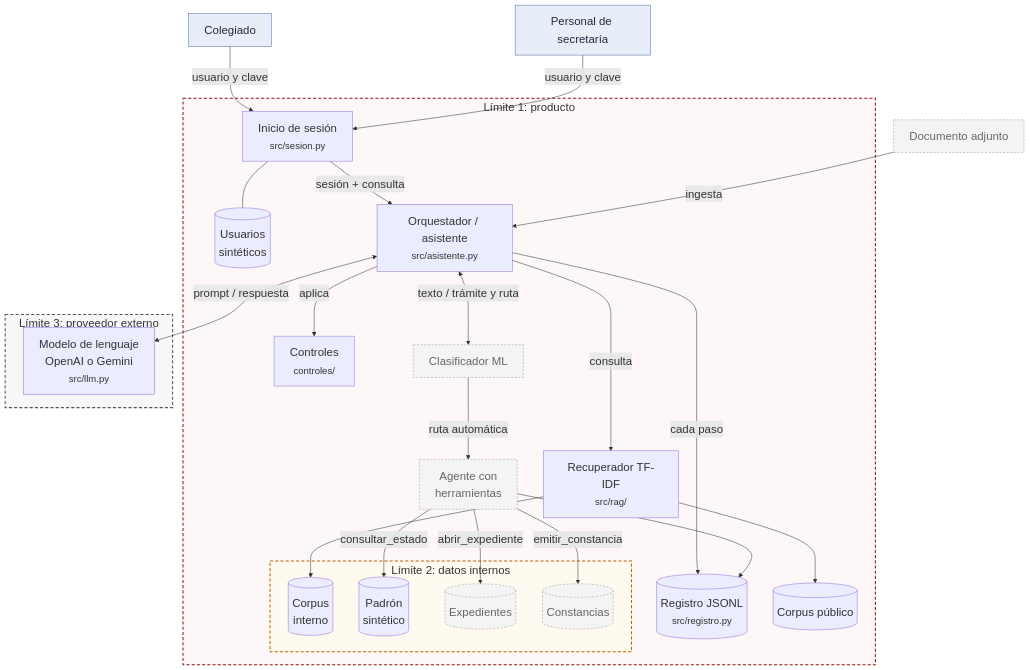
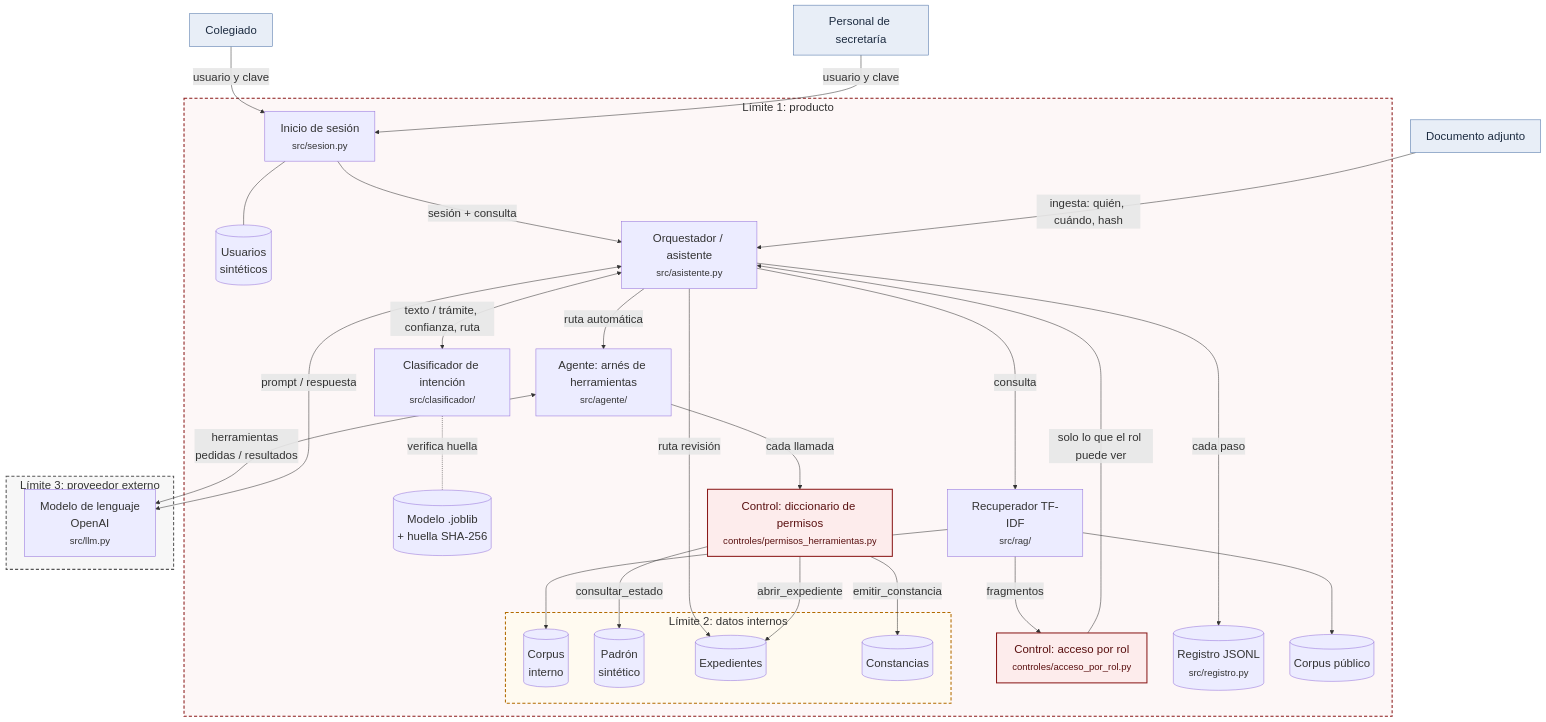
One commit to ErnestoSCL/habilbot-ciberseguridad-ia changed the diagram in docs/arquitectura.md. Above: the diagram before and after it, drawn with Mermaid. The commit also changed other lines of this file and 9 other files, not shown here.

````diff
--- a/docs/arquitectura.md
+++ b/docs/arquitectura.md
@@ -5,58 +5,65 @@
 ```mermaid
 %%{init: {"themeVariables": {"fontSize": "22px"}}}%%
 flowchart TB
     CO["Colegiado"]
     SE["Personal de secretaría"]
     DOC["Documento adjunto"]
 
     subgraph P["Límite 1: producto"]
         LG["Inicio de sesión<br/><small>src/sesion.py</small>"]
         US[("Usuarios<br/>sintéticos")]
         E["Orquestador / asistente<br/><small>src/asistente.py</small>"]
-        CT["Controles<br/><small>controles/</small>"]
-        CL["Clasificador ML"]
+        CL["Clasificador de intención<br/><small>src/clasificador/</small>"]
+        MOD[("Modelo .joblib<br/>+ huella SHA-256")]
         R["Recuperador TF-IDF<br/><small>src/rag/</small>"]
-        AG["Agente con<br/>herramientas"]
+        ACL["Control: acceso por rol<br/><small>controles/acceso_por_rol.py</small>"]
+        AG["Agente: arnés de herramientas<br/><small>src/agente/</small>"]
+        PER["Control: diccionario de permisos<br/><small>controles/permisos_herramientas.py</small>"]
         L[("Registro JSONL<br/><small>src/registro.py</small>")]
         CP[("Corpus público")]
 
         subgraph INT["Límite 2: datos internos"]
             CI[("Corpus<br/>interno")]
             PAD[("Padrón<br/>sintético")]
             EXP[("Expedientes")]
             CON[("Constancias")]
         end
     end
 
     subgraph EXT["Límite 3: proveedor externo"]
-        M["Modelo de lenguaje<br/>OpenAI o Gemini<br/><small>src/llm.py</small>"]
+        M["Modelo de lenguaje<br/>OpenAI<br/><small>src/llm.py</small>"]
     end
 
     CO -->|usuario y clave| LG
     SE -->|usuario y clave| LG
     LG --- US
     LG -->|sesión + consulta| E
-    DOC -->|ingesta| E
+    DOC -->|ingesta: quién, cuándo, hash| E
 
-    E <-->|texto / trámite y ruta| CL
-    E -->|aplica| CT
-    E <-->|prompt / respuesta| M
+    E <-->|texto / trámite, confianza, ruta| CL
+    CL -. verifica huella .- MOD
     E --->|consulta| R
-    CL -->|ruta automática| AG
-    E ---->|cada paso| L
-    AG --> L
-
     R --> CP
     R --> CI
-    AG -->|consultar_estado| PAD
-    AG -->|abrir_expediente| EXP
-    AG -->|emitir_constancia| CON
+    R -->|fragmentos| ACL
+    ACL -->|solo lo que el rol puede ver| E
+
+    E -->|ruta automática| AG
+    E -->|ruta revisión| EXP
+    AG <-->|herramientas pedidas / resultados| M
+    E <-->|prompt / respuesta| M
+    AG -->|cada llamada| PER
+    PER -->|consultar_estado| PAD
+    PER -->|abrir_expediente| EXP
+    PER -->|emitir_constancia| CON
+
+    E ---->|cada paso| L
 
     classDef actor fill:#e8eef7,stroke:#4a6fa5,color:#1c2b40
-    classDef pendiente fill:#f4f4f4,stroke:#999,stroke-dasharray:4 3,color:#666
-    class CO,SE actor
-    class CL,AG,DOC,EXP,CON pendiente
+    classDef control fill:#fdecec,stroke:#8b1a1a,stroke-width:2px,color:#5a1010
+    class CO,SE,DOC actor
+    class ACL,PER control
     style P fill:#fdf7f7,stroke:#8b1a1a,stroke-width:2px,stroke-dasharray:6 4
     style INT fill:#fffaf0,stroke:#b26b00,stroke-width:2px,stroke-dasharray:6 4
     style EXT fill:#f7f7f7,stroke:#555,stroke-width:2px,stroke-dasharray:6 4
 ```
````
